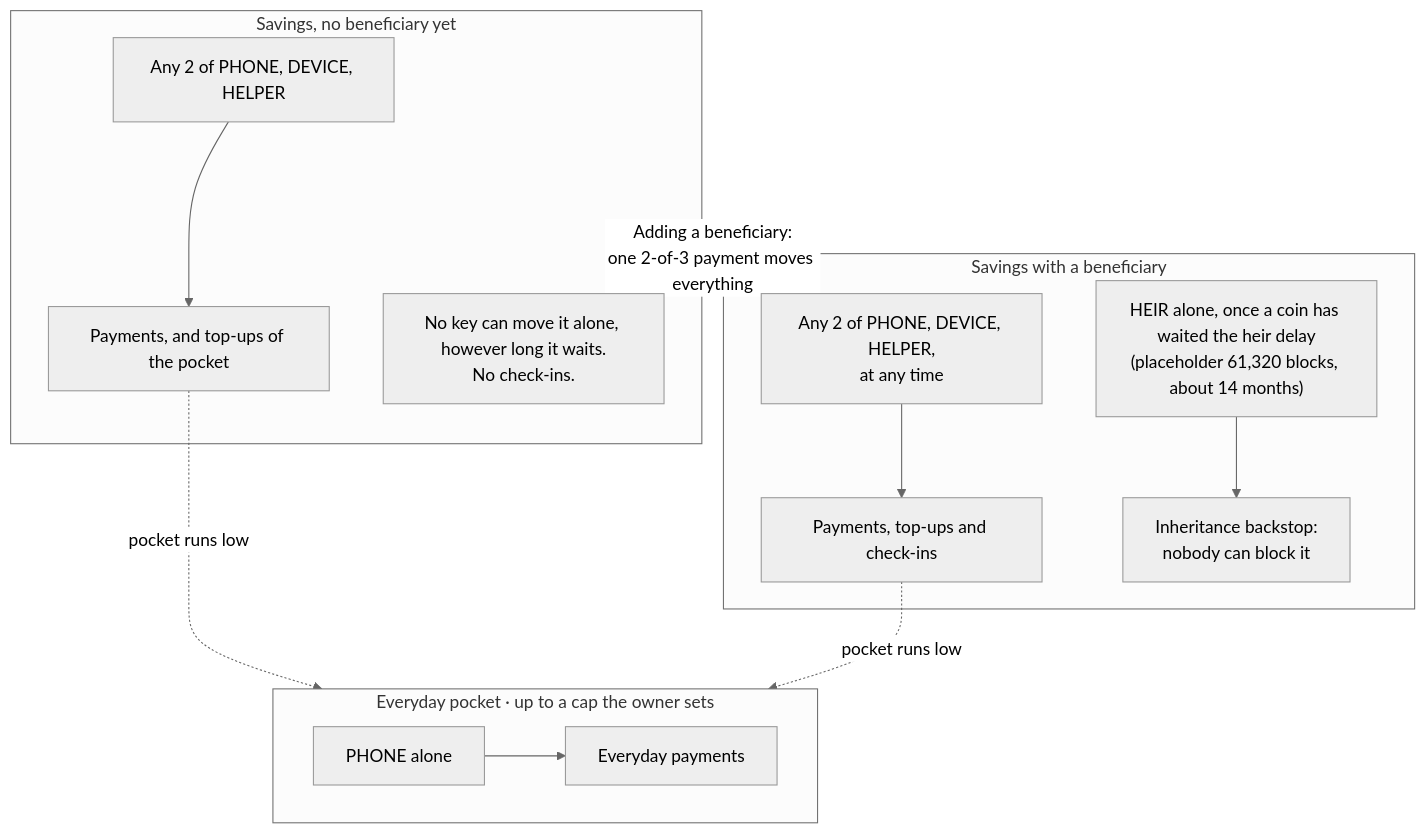
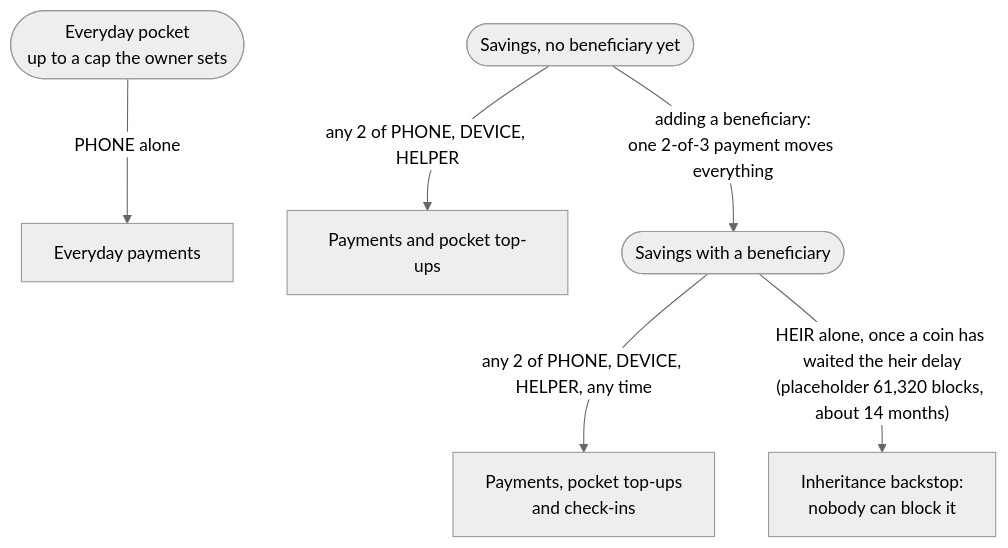
Before and after one commit to brent472/satkeep: the first of 3 diagrams in README.md, drawn with Mermaid (neutral theme). The commit also changed other lines of this file, not shown here.

Commit message:
README: simpler diagrams that fit GitHub's viewer

````diff
--- a/README.md
+++ b/README.md
@@ -27,20 +27,11 @@
 ```mermaid
 flowchart TB
-    subgraph pocket["Everyday pocket · up to a cap the owner sets"]
-        phone_alone["PHONE alone"] --> everyday["Everyday payments"]
-    end
-
-    subgraph plain["Savings, no beneficiary yet"]
-        plain_two["Any 2 of PHONE, DEVICE, HELPER"] --> plain_pay["Payments, and top-ups of the pocket"]
-        plain_none["No key can move it alone, however long it waits.<br/>No check-ins."]
-    end
-
-    subgraph heir["Savings with a beneficiary"]
-        heir_two["Any 2 of PHONE, DEVICE, HELPER,<br/>at any time"] --> heir_pay["Payments, top-ups and check-ins"]
-        heir_alone["HEIR alone, once a coin has waited the heir delay<br/>(placeholder 61,320 blocks, about 14 months)"] --> backstop["Inheritance backstop:<br/>nobody can block it"]
-    end
-
-    plain_pay -. "pocket runs low" .-> pocket
-    heir_pay -. "pocket runs low" .-> pocket
-    plain -- "Adding a beneficiary:<br/>one 2-of-3 payment moves everything" --> heir
+    pocket(["Everyday pocket<br/>up to a cap the owner sets"])
+    plain(["Savings, no beneficiary yet"])
+    heir(["Savings with a beneficiary"])
+    pocket -->|"PHONE alone"| everyday["Everyday payments"]
+    plain -->|"any 2 of PHONE, DEVICE, HELPER"| plain_pay["Payments and pocket top-ups"]
+    plain -->|"adding a beneficiary:<br/>one 2-of-3 payment moves everything"| heir
+    heir -->|"any 2 of PHONE, DEVICE, HELPER, any time"| heir_pay["Payments, pocket top-ups<br/>and check-ins"]
+    heir -->|"HEIR alone, once a coin has waited the heir delay<br/>(placeholder 61,320 blocks, about 14 months)"| backstop["Inheritance backstop:<br/>nobody can block it"]
 ```
````
